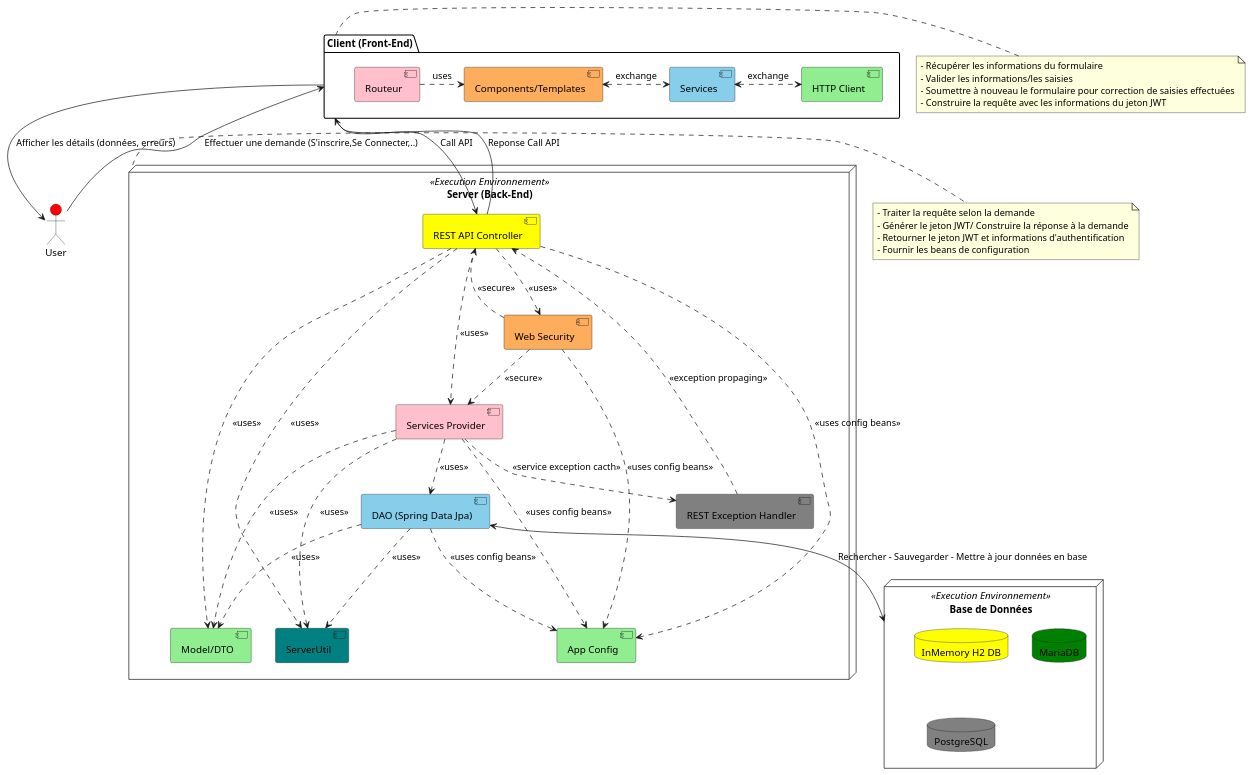
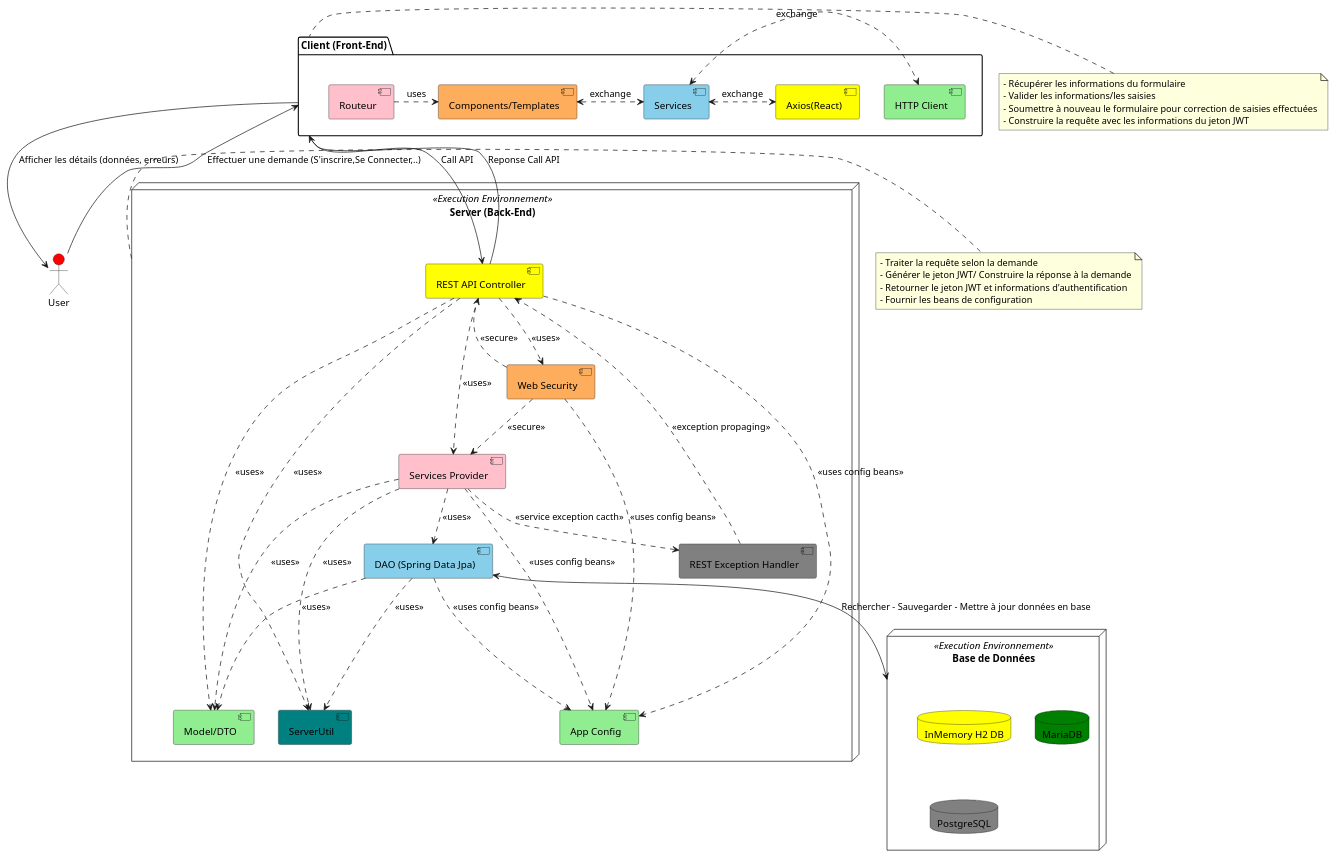
Before and after one commit to Corey-Peyton/jwt-auth-web-api-sandbox: the first of 6 diagrams in README.md, drawn with PlantUML.

Commit message:
Ajout composant Axios Ract JS dans l'archi

```diff
--- a/README.md
+++ b/README.md
@@ -102,6 +102,7 @@
 [Routeur]  .> [Components/Templates] : uses
 [Components/Templates] <.> [Services] : exchange
 [Services] <.> [HTTP Client] : exchange
+[Services] <.> [Axios(React)] : exchange
 }
 
 ' Défintion des couleurs des composants du serveur
@@ -109,6 +110,7 @@
 [Components/Templates] #fdad5c
 [Services] #skyblue
 [HTTP Client] #lightgreen
+[Axios(React)] #Yellow
 
 ' Défintion du serveur Back-End dans l'architecture (le noeud)
 node "Server (Back-End)" as Server  <<Execution Environnement>> {
```
